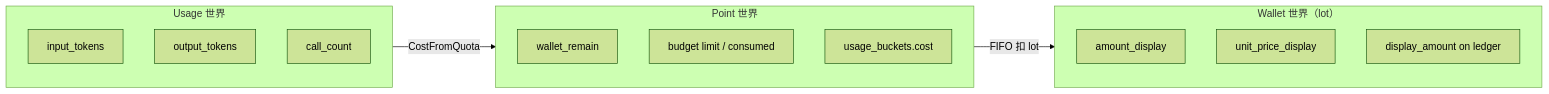
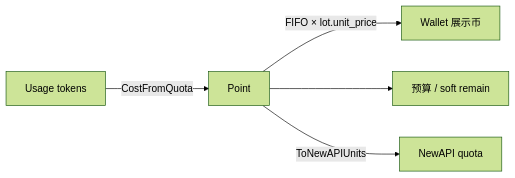
The first of 6 diagrams in docs/Backend-计费模式.md (quyip8818/mytokenjoy), drawn with Mermaid (forest theme) before and after one commit. The commit also changed other lines of this file and 23 other files, not shown here.

First line of the commit message:
fix(billing): align point/display write-read boundaries

````diff
--- a/docs/Backend-计费模式.md
+++ b/docs/Backend-计费模式.md
@@ -51,23 +46,7 @@
 ```mermaid
 flowchart LR
-    subgraph Usage["Usage 世界"]
-        U1[input_tokens]
-        U2[output_tokens]
-        U3[call_count]
-    end
-
-    subgraph Point["Point 世界"]
-        P1[wallet_remain]
-        P2[budget limit / consumed]
-        P3[usage_buckets.cost]
-    end
-
-    subgraph Wallet["Wallet 世界（lot）"]
-        W1[amount_display]
-        W2[unit_price_display]
-        W3[display_amount on ledger]
-    end
-
-    Usage -->|"CostFromQuota"| Point
-    Point -->|"FIFO 扣 lot"| Wallet
+  U[Usage tokens] -->|CostFromQuota| P[Point]
+  P -->|FIFO × lot.unit_price| W[Wallet 展示币]
+  P --> B[预算 / soft remain]
+  P -->|ToNewAPIUnits| N[NewAPI quota]
 ```
````
